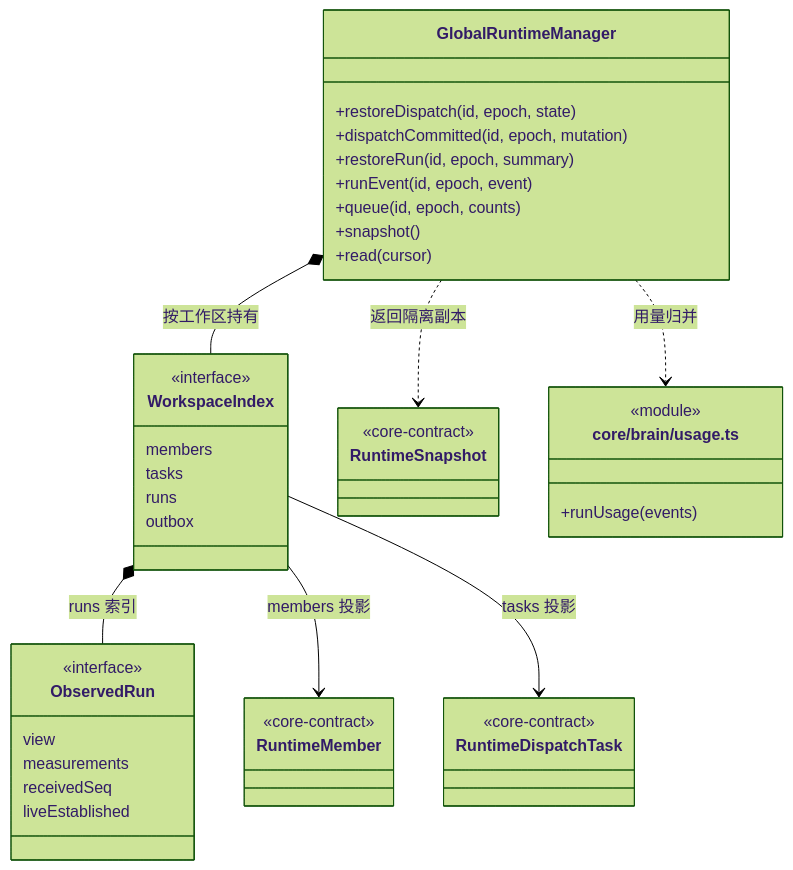
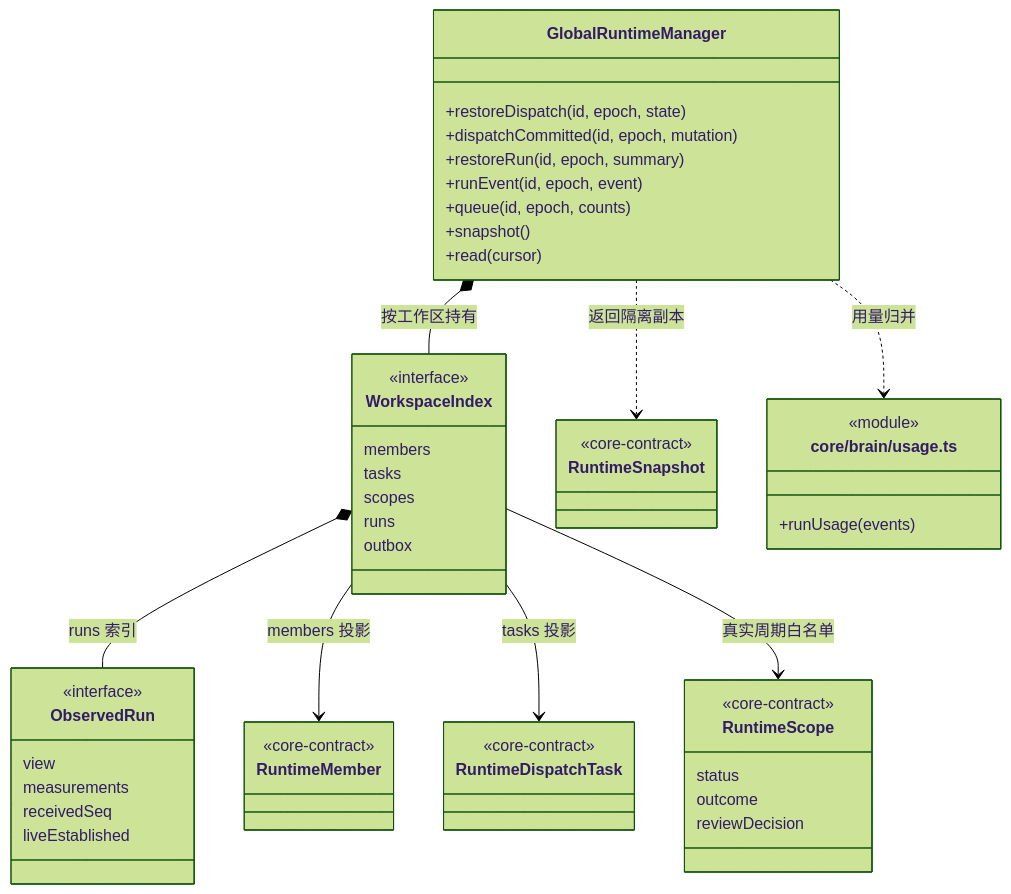
The diagram in src/backend/scheduler-engine/runtime/CONTRACT.md (nan023062/cbim), drawn with Mermaid (forest theme) before and after one commit. The commit also changed other lines of this file and 42 other files, not shown here.

````diff
--- a/src/backend/scheduler-engine/runtime/CONTRACT.md
+++ b/src/backend/scheduler-engine/runtime/CONTRACT.md
@@ -32,45 +34,53 @@
 ```mermaid
 classDiagram
 class GlobalRuntimeManager {
   +restoreDispatch(id, epoch, state)
   +dispatchCommitted(id, epoch, mutation)
   +restoreRun(id, epoch, summary)
   +runEvent(id, epoch, event)
   +queue(id, epoch, counts)
   +snapshot()
   +read(cursor)
 }
 class WorkspaceIndex {
   <<interface>>
   members
   tasks
+  scopes
   runs
   outbox
 }
 class ObservedRun {
   <<interface>>
   view
   measurements
   receivedSeq
   liveEstablished
 }
 class RuntimeMember {
   <<core-contract>>
 }
 class RuntimeDispatchTask {
   <<core-contract>>
 }
+class RuntimeScope {
+  <<core-contract>>
+  status
+  outcome
+  reviewDecision
+}
 class RuntimeSnapshot {
   <<core-contract>>
 }
 class BrainUsage["core/brain/usage.ts"] {
   <<module>>
   +runUsage(events)
 }
 GlobalRuntimeManager *-- WorkspaceIndex : 按工作区持有
 WorkspaceIndex *-- ObservedRun : runs 索引
 WorkspaceIndex --> RuntimeMember : members 投影
 WorkspaceIndex --> RuntimeDispatchTask : tasks 投影
+WorkspaceIndex --> RuntimeScope : 真实周期白名单
 GlobalRuntimeManager ..> BrainUsage : 用量归并
 GlobalRuntimeManager ..> RuntimeSnapshot : 返回隔离副本
 ```
````
